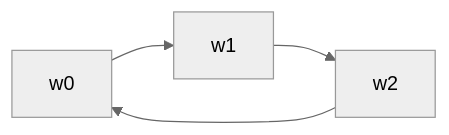
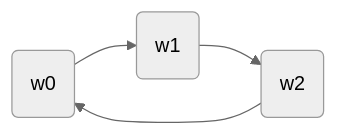
Before and after one commit to ruslylove/datastruct: the seventh of 25 diagrams in lectures/lect-16-Graph.md, drawn with Mermaid (neutral theme). The commit also changed other lines of this file and 2 other files, not shown here.

````diff
--- a/lectures/lect-16-Graph.md
+++ b/lectures/lect-16-Graph.md
@@ -169,4 +169,4 @@
 ```mermaid
 graph LR
-        w0 --> w1 --> w2 --> w0
+        w0(w0) --> w1(w1) --> w2(w2) --> w0
 ```
````
